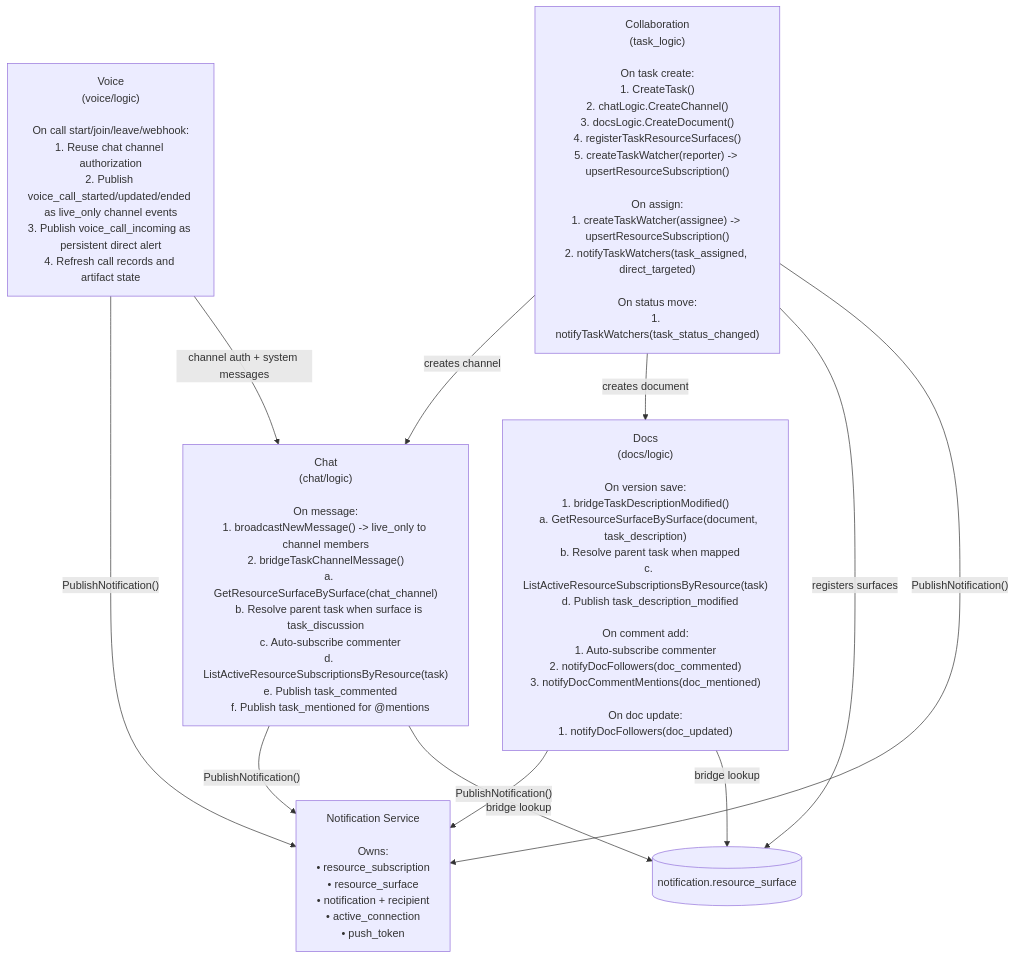
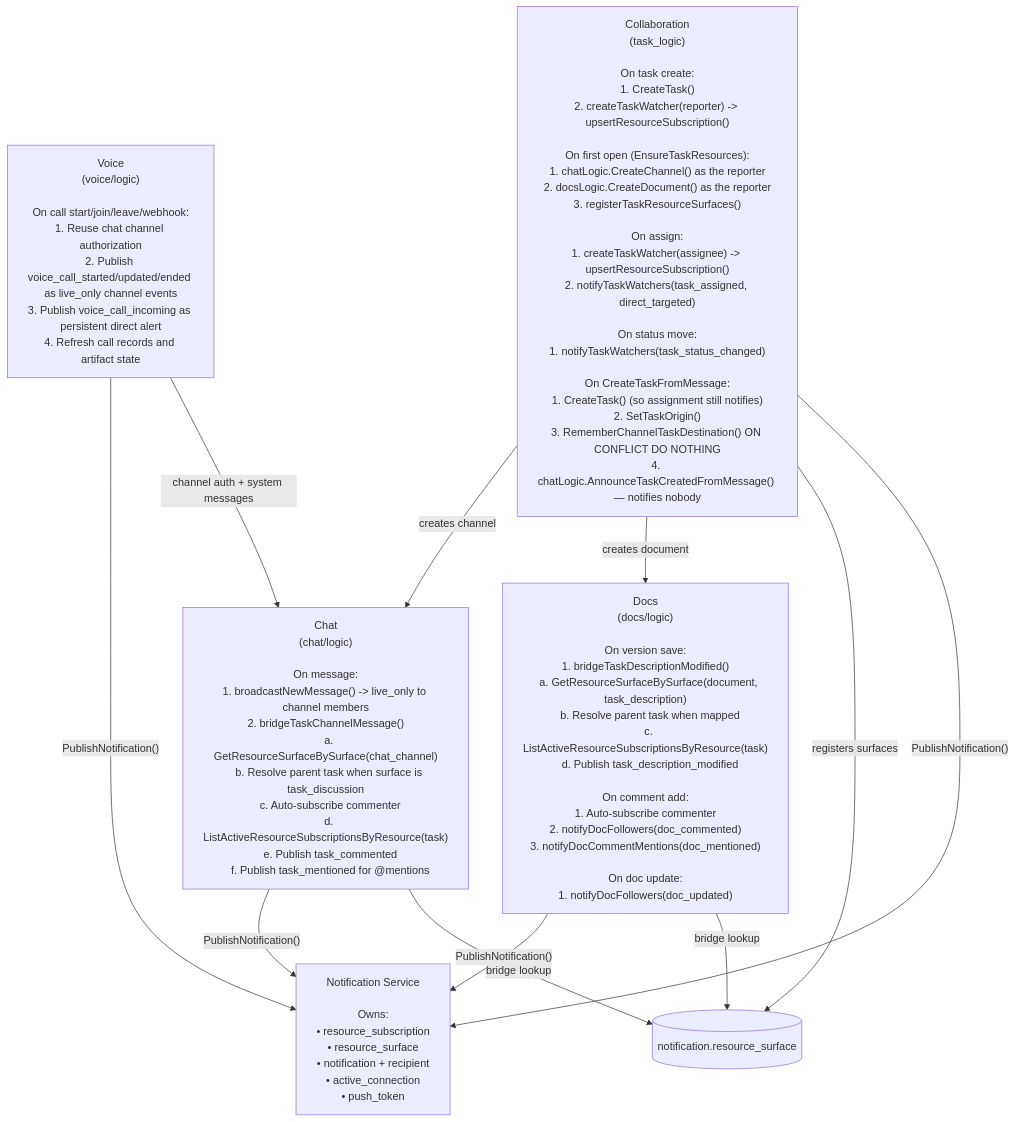
One commit to nvcnvn/tech-office changed the third of 9 diagrams in backend/docs/NOTIFICATION-SYSTEM-ARCHITECTURE.md. Above: the diagram before and after it, drawn with Mermaid. The commit also changed other lines of this file and 56 other files, not shown here.

Commit message:
feat: implement chat-to-task capture allowing tasks to be created from and linked to message conversations

````diff
--- a/backend/docs/NOTIFICATION-SYSTEM-ARCHITECTURE.md
+++ b/backend/docs/NOTIFICATION-SYSTEM-ARCHITECTURE.md
@@ -168,20 +168,20 @@
 ```mermaid
 flowchart TB
-    Collaboration["Collaboration<br/>(task_logic)<br/><br/>On task create:<br/>1. CreateTask()<br/>2. chatLogic.CreateChannel()<br/>3. docsLogic.CreateDocument()<br/>4. registerTaskResourceSurfaces()<br/>5. createTaskWatcher(reporter) -> upsertResourceSubscription()<br/><br/>On assign:<br/>1. createTaskWatcher(assignee) -> upsertResourceSubscription()<br/>2. notifyTaskWatchers(task_assigned, direct_targeted)<br/><br/>On status move:<br/>1. notifyTaskWatchers(task_status_changed)"]
+    Collaboration["Collaboration<br/>(task_logic)<br/><br/>On task create:<br/>1. CreateTask()<br/>2. createTaskWatcher(reporter) -> upsertResourceSubscription()<br/><br/>On first open (EnsureTaskResources):<br/>1. chatLogic.CreateChannel() as the reporter<br/>2. docsLogic.CreateDocument() as the reporter<br/>3. registerTaskResourceSurfaces()<br/><br/>On assign:<br/>1. createTaskWatcher(assignee) -> upsertResourceSubscription()<br/>2. notifyTaskWatchers(task_assigned, direct_targeted)<br/><br/>On status move:<br/>1. notifyTaskWatchers(task_status_changed)<br/><br/>On CreateTaskFromMessage:<br/>1. CreateTask() (so assignment still notifies)<br/>2. SetTaskOrigin()<br/>3. RememberChannelTaskDestination() ON CONFLICT DO NOTHING<br/>4. chatLogic.AnnounceTaskCreatedFromMessage() — notifies nobody"]
     Notification["Notification Service<br/><br/>Owns:<br/>• resource_subscription<br/>• resource_surface<br/>• notification + recipient<br/>• active_connection<br/>• push_token"]
     Chat["Chat<br/>(chat/logic)<br/><br/>On message:<br/>1. broadcastNewMessage() -> live_only to channel members<br/>2. bridgeTaskChannelMessage()<br/>   a. GetResourceSurfaceBySurface(chat_channel)<br/>   b. Resolve parent task when surface is task_discussion<br/>   c. Auto-subscribe commenter<br/>   d. ListActiveResourceSubscriptionsByResource(task)<br/>   e. Publish task_commented<br/>   f. Publish task_mentioned for @mentions"]
     Voice["Voice<br/>(voice/logic)<br/><br/>On call start/join/leave/webhook:<br/>1. Reuse chat channel authorization<br/>2. Publish voice_call_started/updated/ended as live_only channel events<br/>3. Publish voice_call_incoming as persistent direct alert<br/>4. Refresh call records and artifact state"]
     Docs["Docs<br/>(docs/logic)<br/><br/>On version save:<br/>1. bridgeTaskDescriptionModified()<br/>   a. GetResourceSurfaceBySurface(document, task_description)<br/>   b. Resolve parent task when mapped<br/>   c. ListActiveResourceSubscriptionsByResource(task)<br/>   d. Publish task_description_modified<br/><br/>On comment add:<br/>1. Auto-subscribe commenter<br/>2. notifyDocFollowers(doc_commented)<br/>3. notifyDocCommentMentions(doc_mentioned)<br/><br/>On doc update:<br/>1. notifyDocFollowers(doc_updated)"]
     ResourceSurface[(notification.resource_surface)]
 
     Collaboration -- "creates channel" --> Chat
     Collaboration -- "creates document" --> Docs
     Collaboration -- "registers surfaces" --> ResourceSurface
     Collaboration -- "PublishNotification()" --> Notification
     Chat -- "PublishNotification()" --> Notification
     Voice -- "PublishNotification()" --> Notification
     Voice -- "channel auth + system messages" --> Chat
     Docs -- "PublishNotification()" --> Notification
     Chat -- "bridge lookup" --> ResourceSurface
     Docs -- "bridge lookup" --> ResourceSurface
 ```
````
